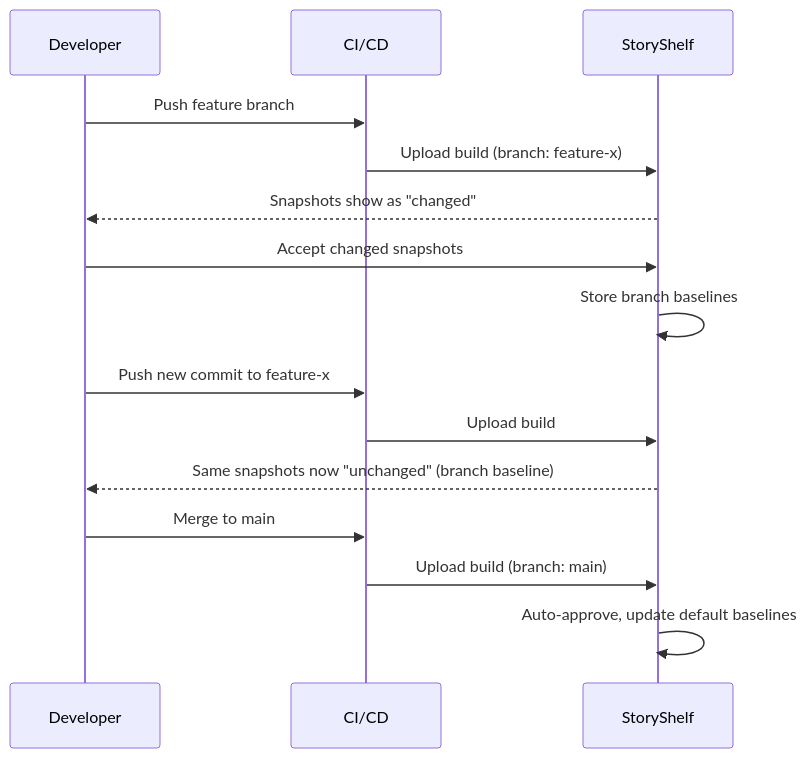
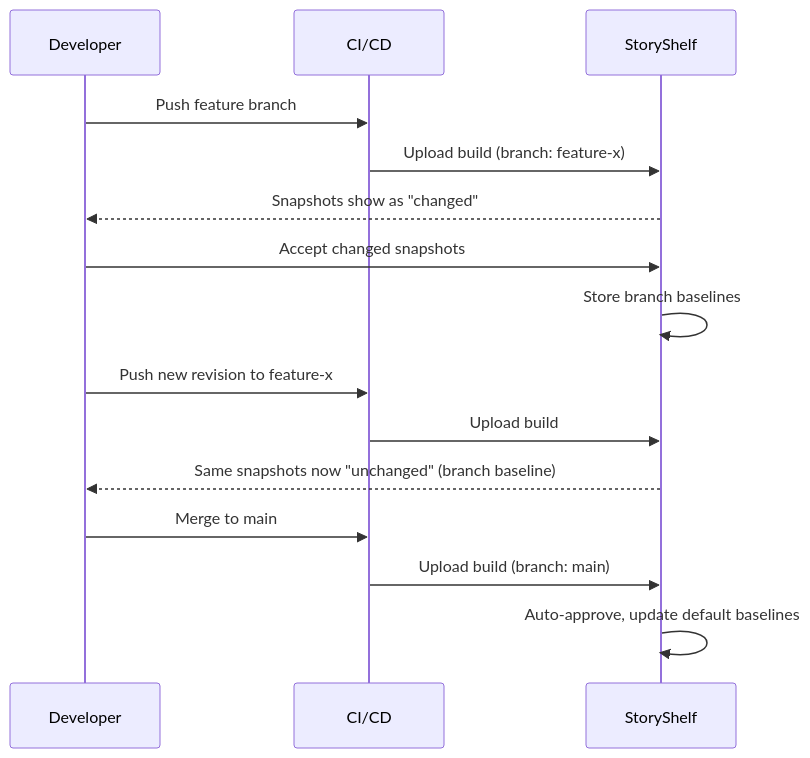
One commit to GuptaSiddhant/StoryShelf changed the second of 3 diagrams in apps/website/src/content/docs/concepts/baselines.md. Above: the diagram before and after it, drawn with Mermaid. The commit also changed other lines of this file and 10 other files, not shown here.

````diff
--- a/apps/website/src/content/docs/concepts/baselines.md
+++ b/apps/website/src/content/docs/concepts/baselines.md
@@ -45,17 +45,17 @@
 ```mermaid
 sequenceDiagram
     participant Dev as Developer
     participant CI as CI/CD
     participant SS as StoryShelf
     Dev->>CI: Push feature branch
     CI->>SS: Upload build (branch: feature-x)
     SS-->>Dev: Snapshots show as "changed"
     Dev->>SS: Accept changed snapshots
     SS->>SS: Store branch baselines
-    Dev->>CI: Push new commit to feature-x
+    Dev->>CI: Push new revision to feature-x
     CI->>SS: Upload build
     SS-->>Dev: Same snapshots now "unchanged" (branch baseline)
     Dev->>CI: Merge to main
     CI->>SS: Upload build (branch: main)
     SS->>SS: Auto-approve, update default baselines
 ```
````
